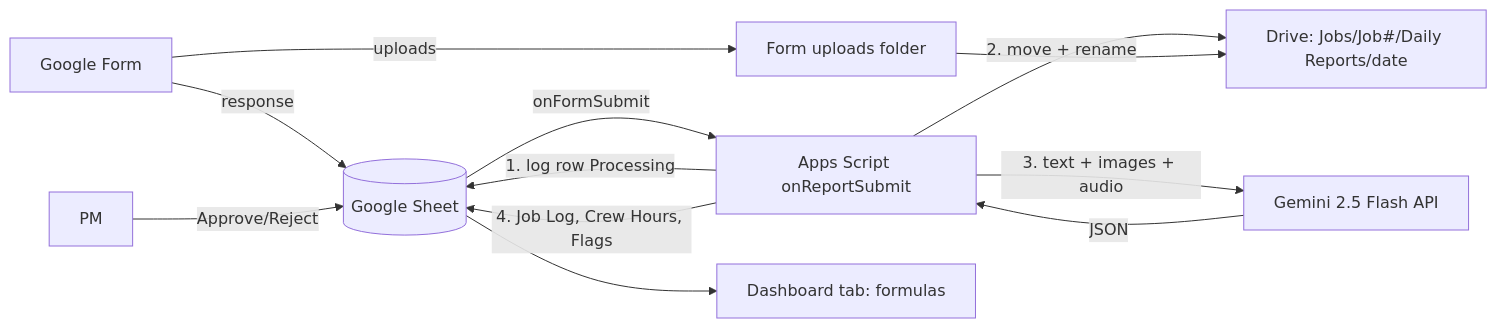
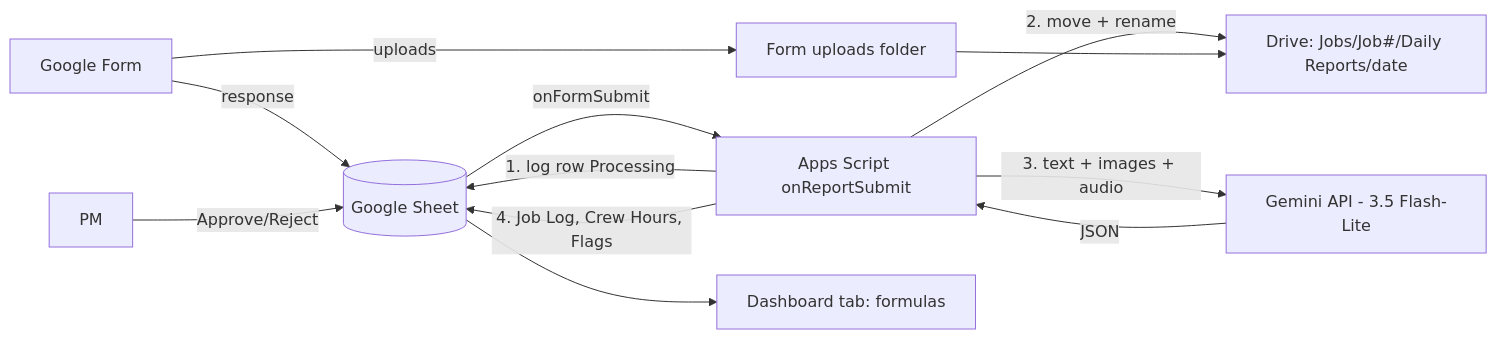
The diagram in docs/architecture.md (tjonesy10/field-to-office), drawn with Mermaid before and after one commit. The commit also changed other lines of this file and 6 other files, not shown here.

Commit message:
docs: F001 model -> gemini-3.5-flash-lite (ADR 0006)

````diff
--- a/docs/architecture.md
+++ b/docs/architecture.md
@@ -12,14 +12,14 @@
 ```mermaid
 flowchart LR
   F[Google Form] -->|response| S[(Google Sheet)]
   F -->|uploads| D0[Form uploads folder]
   S -->|onFormSubmit| A[Apps Script onReportSubmit]
   A -->|1. log row Processing| S
   A -->|2. move + rename| D[Drive: Jobs/Job#/Daily Reports/date]
   D0 --> D
-  A -->|3. text + images + audio| G[Gemini 2.5 Flash API]
+  A -->|3. text + images + audio| G[Gemini API - 3.5 Flash-Lite]
   G -->|JSON| A
   A -->|4. Job Log, Crew Hours, Flags| S
   S --> DB[Dashboard tab: formulas]
   PM[PM] -->|Approve/Reject| S
 ```
````
